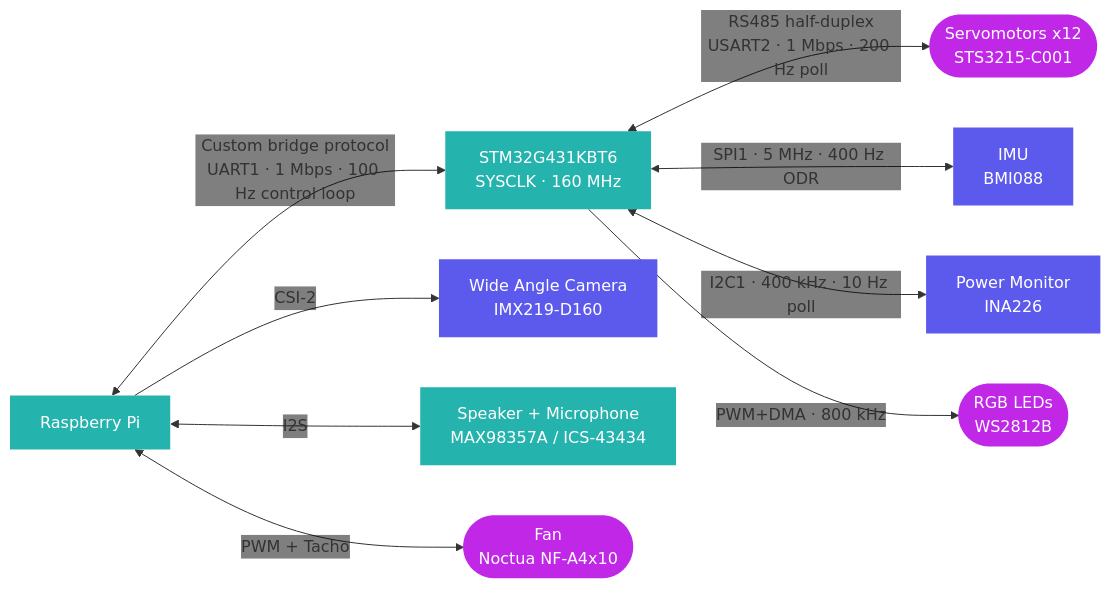
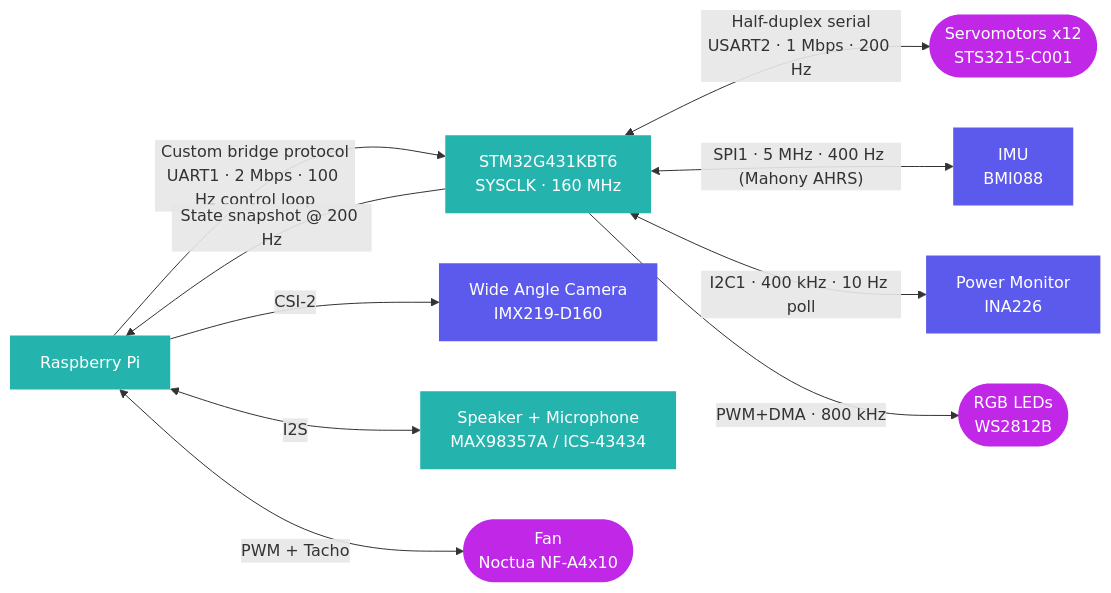
Before and after one commit to Mowibox/chromapi_motherboard: the second of 2 diagrams in README.md, drawn with Mermaid. The commit also changed other lines of this file and 63 other files, not shown here.

````diff
--- a/README.md
+++ b/README.md
@@ -123,31 +123,32 @@
 ```mermaid
-%%{init: {'themeVariables': {'edgeLabelBackground':'transparent'}}}%%
+%%{init: {'themeCSS': '.edgeLabel, .edgeLabel p, .labelBkg { background-color: transparent !important; } .edgeLabel rect { fill: transparent !important; }'}}%%
 flowchart LR
     RPI["Raspberry Pi"]
     MCU["STM32G431KBT6<br/>SYSCLK · 160 MHz"]
     SERVOS(["Servomotors x12<br/>STS3215-C001"])
     IMU["IMU<br/>BMI088"]
     PWR["Power Monitor<br/>INA226"]
     LED(["RGB LEDs<br/>WS2812B"])
     CAM["Wide Angle Camera<br/>IMX219-D160"]
     AUDIO["Speaker + Microphone<br/>MAX98357A / ICS-43434"]
     FAN(["Fan<br/>Noctua NF-A4x10"])
 
-    RPI <-->|"Custom bridge protocol<br/>UART1 · 1 Mbps · 100 Hz control loop"| MCU
-    MCU <-->|"RS485 half-duplex<br/>USART2 · 1 Mbps · 200 Hz poll"| SERVOS
-    MCU <-->|"SPI1 · 5 MHz · 400 Hz ODR"| IMU
+    RPI -->|"Custom bridge protocol<br/>UART1 · 2 Mbps · 100 Hz control loop"| MCU
+    MCU -->|"State snapshot @ 200 Hz"| RPI
+    MCU <-->|"Half-duplex serial<br/>USART2 · 1 Mbps · 200 Hz"| SERVOS
+    MCU <-->|"SPI1 · 5 MHz · 400 Hz (Mahony AHRS)"| IMU
     MCU <-->|"I2C1 · 400 kHz · 10 Hz poll"| PWR
     MCU -->|"PWM+DMA · 800 kHz"| LED
 
     RPI -->|"CSI-2"| CAM
     RPI <-->|"I2S"| AUDIO
     RPI <-->|"PWM + Tacho"| FAN
 
     classDef ic fill:#25b3ae,color:#ffffff,stroke:none
     classDef actuator fill:#c027e7,color:#ffffff,stroke:none
     classDef sensor fill:#5c5aed,color:#ffffff,stroke:none
 
     class RPI,MCU,AUDIO ic
     class SERVOS,LED,FAN actuator
     class IMU,PWR,CAM sensor
 ```
````
